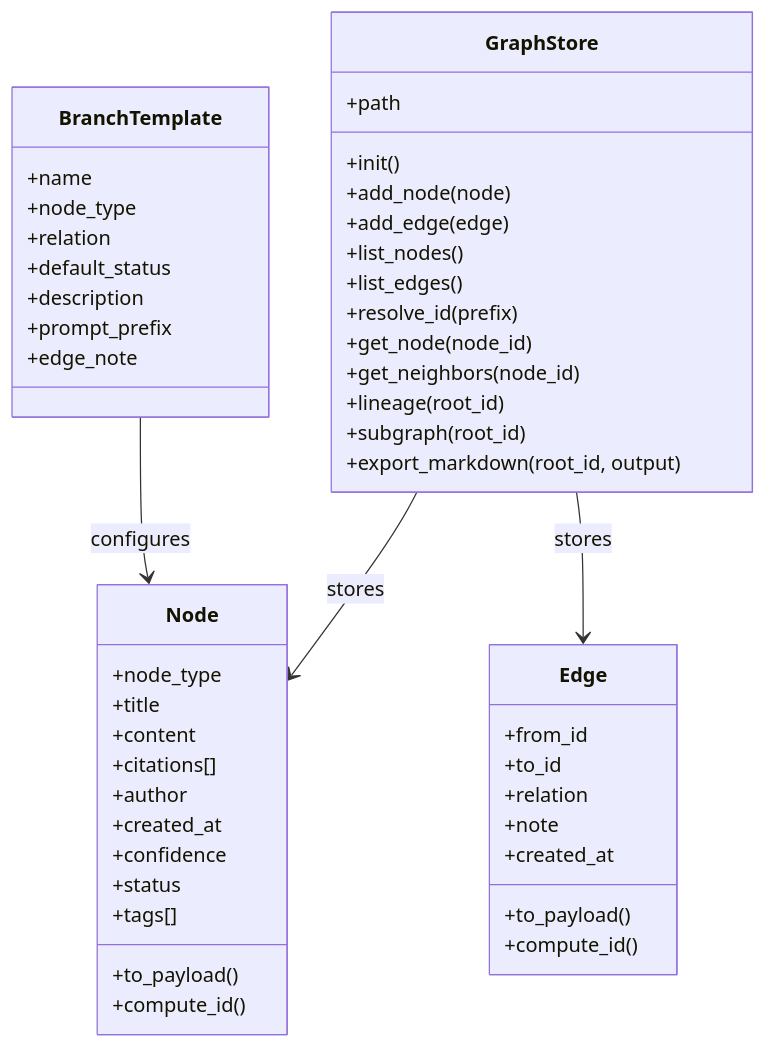
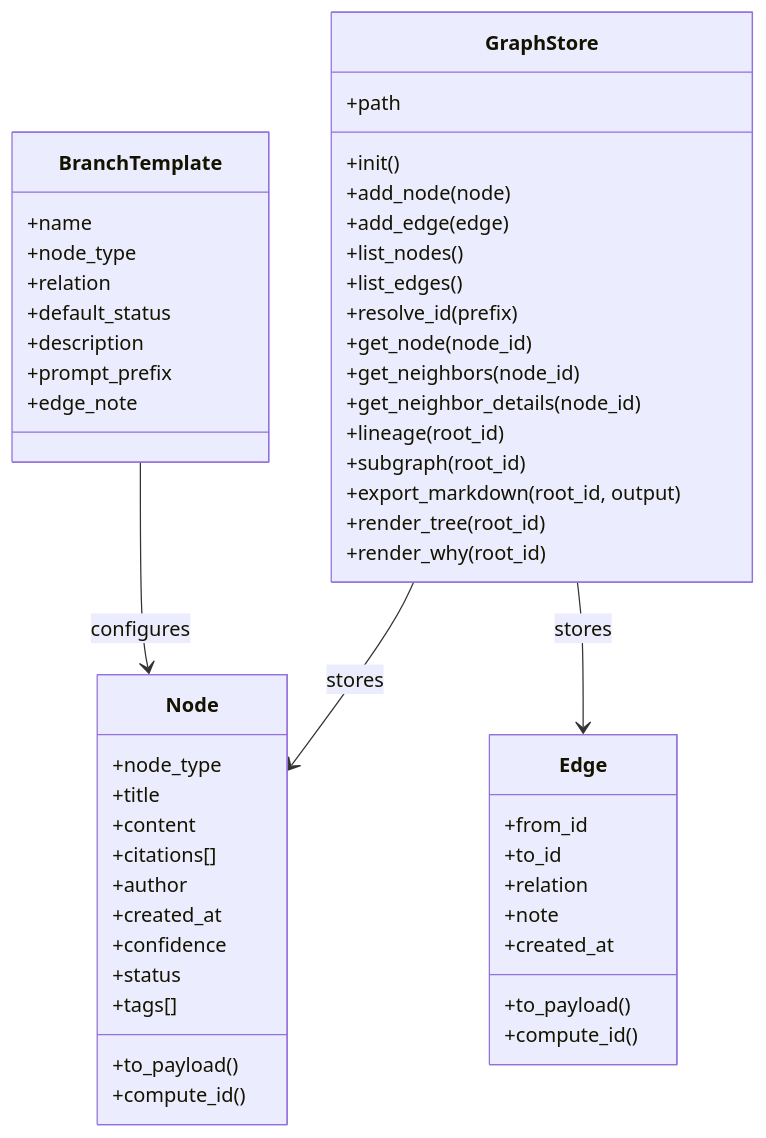
The first of 3 diagrams in README.md (albertjorlando-afk/sparkle), drawn with Mermaid before and after one commit. The commit also changed other lines of this file and 2 other files, not shown here.

````diff
--- a/README.md
+++ b/README.md
@@ -83,55 +84,58 @@
 ```mermaid
 classDiagram
     class Node {
       +node_type
       +title
       +content
       +citations[]
       +author
       +created_at
       +confidence
       +status
       +tags[]
       +to_payload()
       +compute_id()
     }
 
     class Edge {
       +from_id
       +to_id
       +relation
       +note
       +created_at
       +to_payload()
       +compute_id()
     }
 
     class GraphStore {
       +path
       +init()
       +add_node(node)
       +add_edge(edge)
       +list_nodes()
       +list_edges()
       +resolve_id(prefix)
       +get_node(node_id)
       +get_neighbors(node_id)
+      +get_neighbor_details(node_id)
       +lineage(root_id)
       +subgraph(root_id)
       +export_markdown(root_id, output)
+      +render_tree(root_id)
+      +render_why(root_id)
     }
 
     class BranchTemplate {
       +name
       +node_type
       +relation
       +default_status
       +description
       +prompt_prefix
       +edge_note
     }
 
     GraphStore --> Node : stores
     GraphStore --> Edge : stores
     BranchTemplate --> Node : configures
 ```
````
